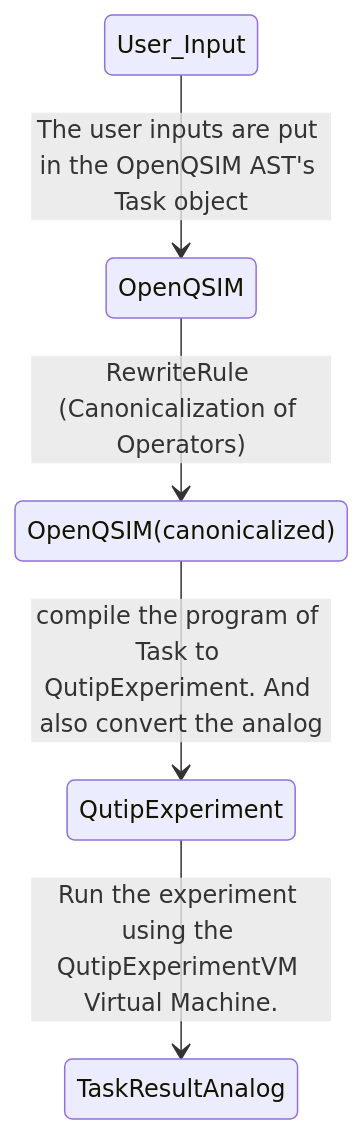
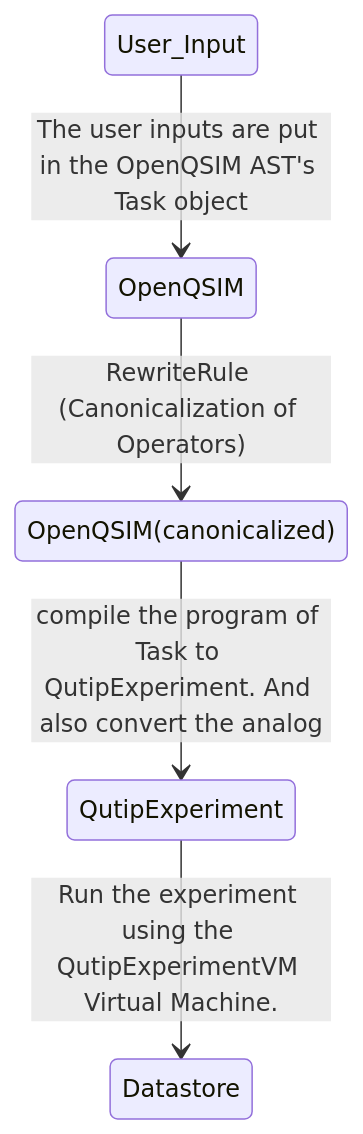
Before and after one commit to OpenQuantumDesign/oqd-analog-emulator: the diagram in docs/explanation/qutip-simulation.md, drawn with Mermaid. The commit also changed 7 other files, not shown here.

Commit message:
[feat] return Datastore from QutipBackend.run

````diff
--- a/docs/explanation/qutip-simulation.md
+++ b/docs/explanation/qutip-simulation.md
@@ -15,7 +15,7 @@
 ```mermaid
     stateDiagram-v2
     User_Input --> OpenQSIM: The user inputs are put in the OpenQSIM AST's Task object
     OpenQSIM --> OpenQSIM(canonicalized): RewriteRule (Canonicalization of Operators)
     OpenQSIM(canonicalized) --> QutipExperiment: compile the program of Task to QutipExperiment. And also convert the analog
-    QutipExperiment --> TaskResultAnalog: Run the experiment using the QutipExperimentVM Virtual Machine.
+    QutipExperiment --> Datastore: Run the experiment using the QutipExperimentVM Virtual Machine.
 ```
````
